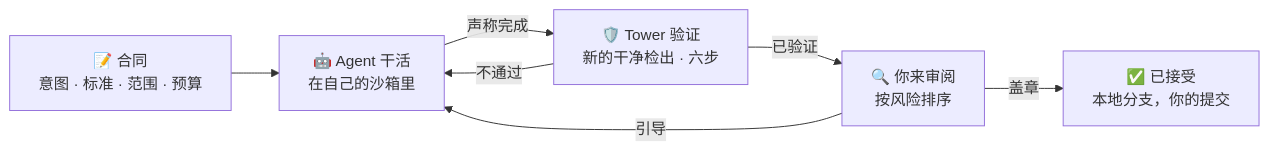
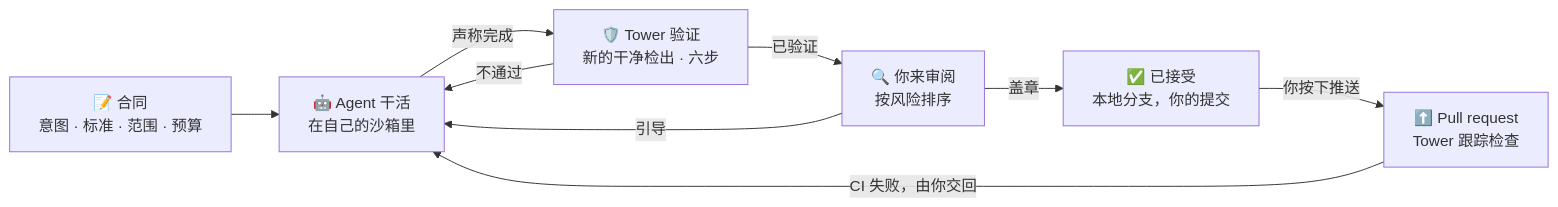
The diagram in README.zh-CN.md (beautifulrem/tower), drawn with Mermaid before and after one commit. The commit also changed other lines of this file and 22 other files, not shown here.

First line of the commit message:
docs: rewrite both READMEs and the roadmap, refresh the screenshots, bring the other docs up to date

````diff
--- a/README.zh-CN.md
+++ b/README.zh-CN.md
@@ -122,9 +142,11 @@
 ```mermaid
 flowchart LR
     A["📝 合同<br/>意图 · 标准 · 范围 · 预算"] --> B["🤖 Agent 干活<br/>在自己的沙箱里"]
     B -->|声称完成| C["🛡️ Tower 验证<br/>新的干净检出 · 六步"]
     C -->|不通过| B
     C -->|已验证| D["🔍 你来审阅<br/>按风险排序"]
     D -->|引导| B
     D -->|盖章| E["✅ 已接受<br/>本地分支，你的提交"]
+    E -->|你按下推送| F["⬆️ Pull request<br/>Tower 跟踪检查"]
+    F -->|CI 失败，由你交回| B
 ```
````
